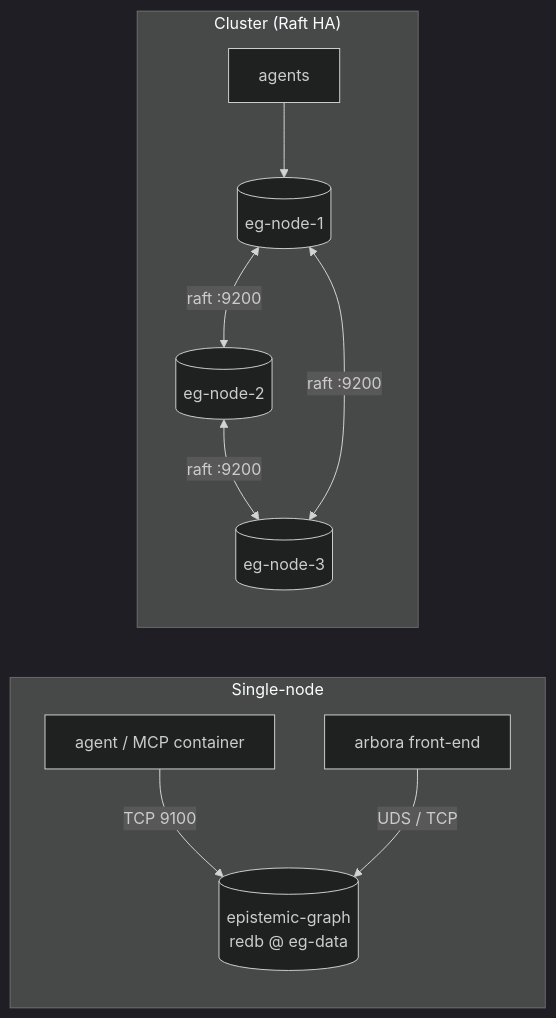
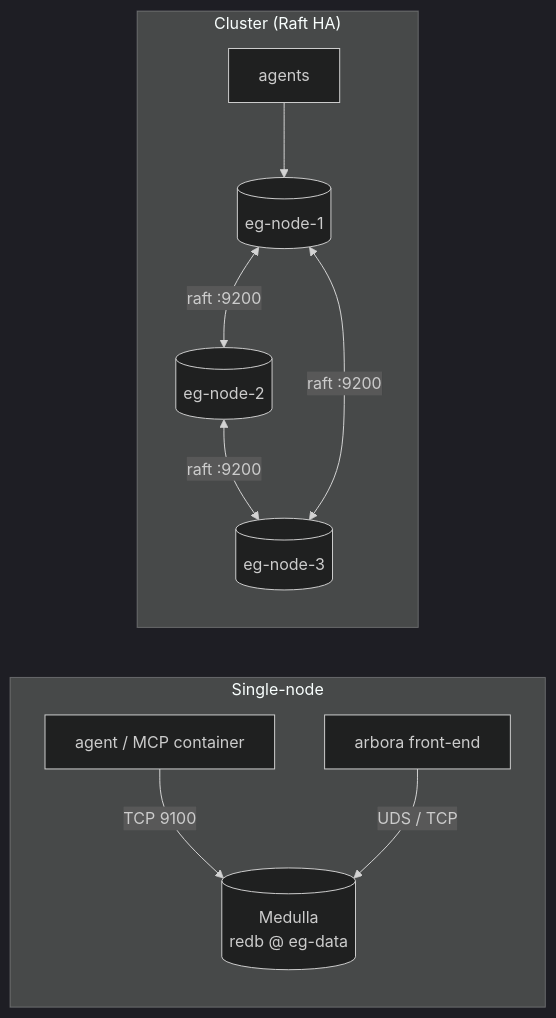
Before and after one commit to Knuckles-Team/epistemic-graph: the second of 3 diagrams in docs/deployment.md, drawn with Mermaid (dark theme). The commit also changed other lines of this file and 59 other files, not shown here.

````diff
--- a/docs/deployment.md
+++ b/docs/deployment.md
@@ -396,14 +396,14 @@
 ```mermaid
 flowchart LR
     subgraph Single["Single-node"]
-        A1[agent / MCP container] -->|TCP 9100| S1[("epistemic-graph<br/>redb @ eg-data")]
+        A1[agent / MCP container] -->|TCP 9100| S1[("Medulla<br/>redb @ eg-data")]
         GOS[arbora front-end] -->|UDS / TCP| S1
     end
 
     subgraph HA["Cluster (Raft HA)"]
         A2[agents] --> N1[(eg-node-1)]
         N1 <-->|raft :9200| N2[(eg-node-2)]
         N2 <-->|raft :9200| N3[(eg-node-3)]
         N1 <-->|raft :9200| N3
     end
 ```
````
